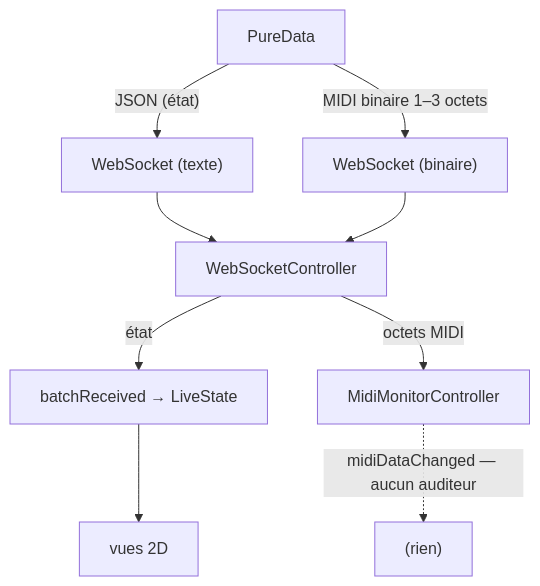
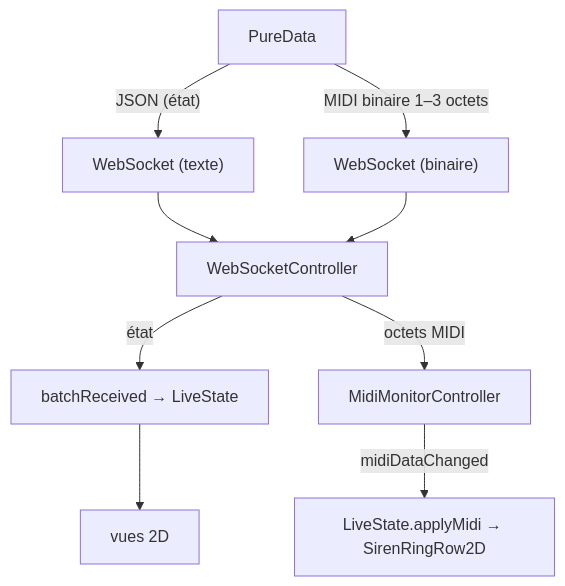
One commit to patricecolet/mecaviv-qml-ui changed the diagram in pedalierSirenium/docs/architecture_communication.md. Above: the diagram before and after it, drawn with Mermaid. The commit also changed other lines of this file and 6 other files, not shown here.

````diff
--- a/pedalierSirenium/docs/architecture_communication.md
+++ b/pedalierSirenium/docs/architecture_communication.md
@@ -10,11 +10,11 @@
 ```mermaid
 flowchart TD
   A["PureData"] -->|"JSON (état)"| B["WebSocket (texte)"]
   A -->|"MIDI binaire 1–3 octets"| C["WebSocket (binaire)"]
   B --> D["WebSocketController"]
   C --> D
   D -->|"état"| E["batchReceived → LiveState"]
   E --> H["vues 2D"]
   D -->|"octets MIDI"| F["MidiMonitorController"]
-  F -.->|"midiDataChanged — aucun auditeur"| G["(rien)"]
+  F -->|"midiDataChanged"| I["LiveState.applyMidi → SirenRingRow2D"]
 ```
````
